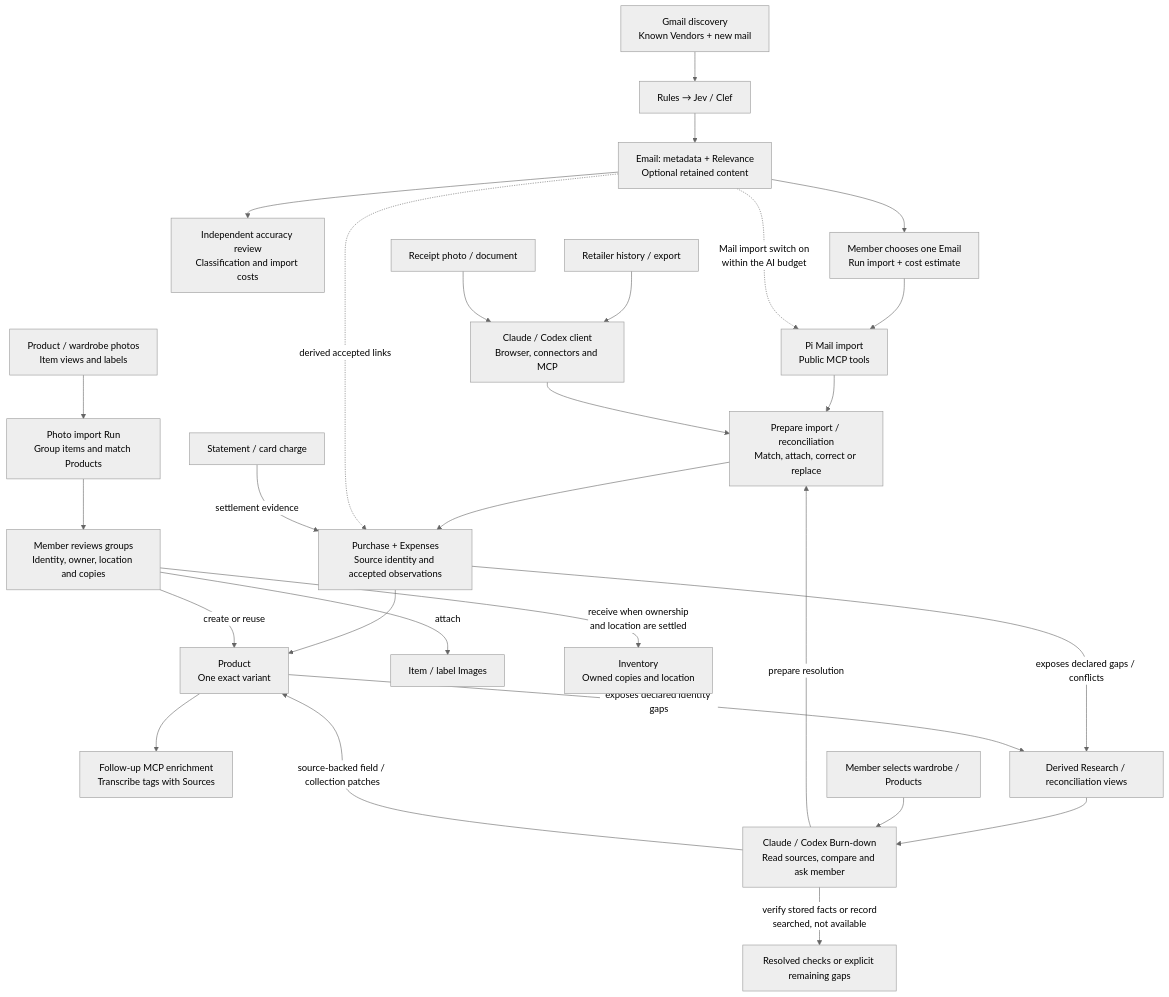
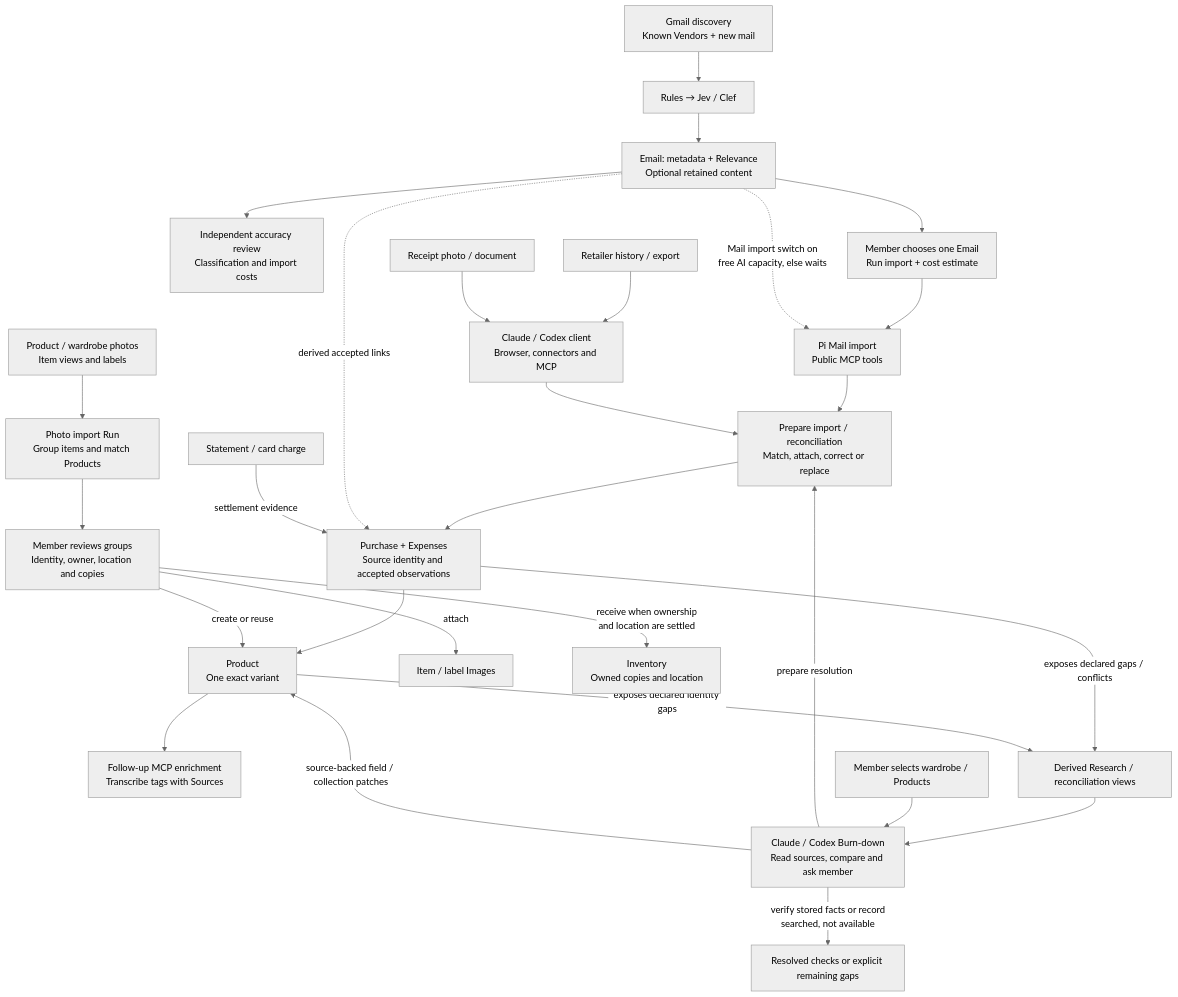
The third of 3 diagrams in README.md (nickysemenza/cubby), drawn with Mermaid (neutral theme) before and after one commit. The commit also changed 52 other files, not shown here.

````diff
--- a/README.md
+++ b/README.md
@@ -320,33 +320,33 @@
 ```mermaid
 flowchart TB
   Gmail["Gmail discovery<br/>Known Vendors + new mail"] --> Classify["Rules → Jev / Clef"]
   Classify --> Email["Email: metadata + Relevance<br/>Optional retained content"]
   Email --> Accuracy["Independent accuracy review<br/>Classification and import costs"]
   Email --> Manual["Member chooses one Email<br/>Run import + cost estimate"]
   Manual --> Pi["Pi Mail import<br/>Public MCP tools"]
-  Email -. "Mail import switch on<br/>within the AI budget" .-> Pi
+  Email -. "Mail import switch on<br/>free AI capacity, else waits" .-> Pi
 
   Retailer["Retailer history / export"] --> Client["Claude / Codex client<br/>Browser, connectors and MCP"]
   Receipt["Receipt photo / document"] --> Client
   Pi --> Import["Prepare import / reconciliation<br/>Match, attach, correct or replace"]
   Client --> Import
   Import --> Purchase["Purchase + Expenses<br/>Source identity and accepted observations"]
   Purchase --> Product["Product<br/>One exact variant"]
   Email -. "derived accepted links" .-> Purchase
   Statement["Statement / card charge"] -- "settlement evidence" --> Purchase
 
   Photos["Product / wardrobe photos<br/>Item views and labels"] --> Groups["Photo import Run<br/>Group items and match Products"]
   Groups --> Approval["Member reviews groups<br/>Identity, owner, location and copies"]
   Approval -- "create or reuse" --> Product
   Approval -- "attach" --> Images["Item / label Images"]
   Approval -- "receive when ownership<br/>and location are settled" --> Inventory["Inventory<br/>Owned copies and location"]
   Product --> TagReview["Follow-up MCP enrichment<br/>Transcribe tags with Sources"]
 
   Purchase -- "exposes declared gaps / conflicts" --> Queue["Derived Research / reconciliation views"]
   Product -- "exposes declared identity gaps" --> Queue
   Queue --> Burn["Claude / Codex Burn-down<br/>Read sources, compare and ask member"]
   Wardrobe["Member selects wardrobe / Products"] --> Burn
   Burn -- "prepare resolution" --> Import
   Burn -- "source-backed field / collection patches" --> Product
   Burn -- "verify stored facts or record<br/>searched, not available" --> Result["Resolved checks or explicit remaining gaps"]
 ```
````
